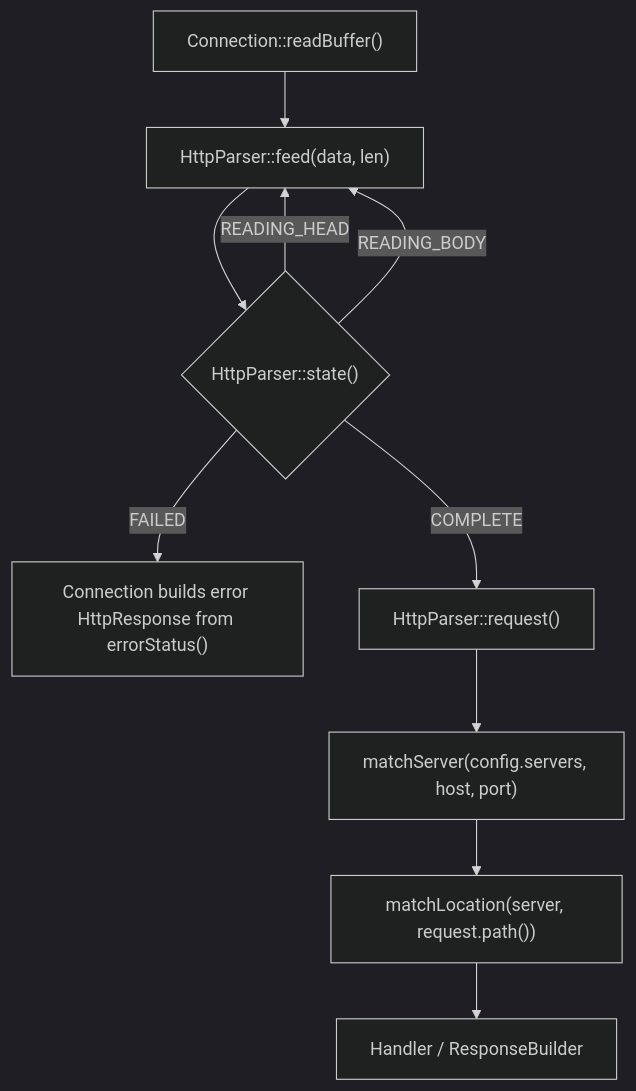
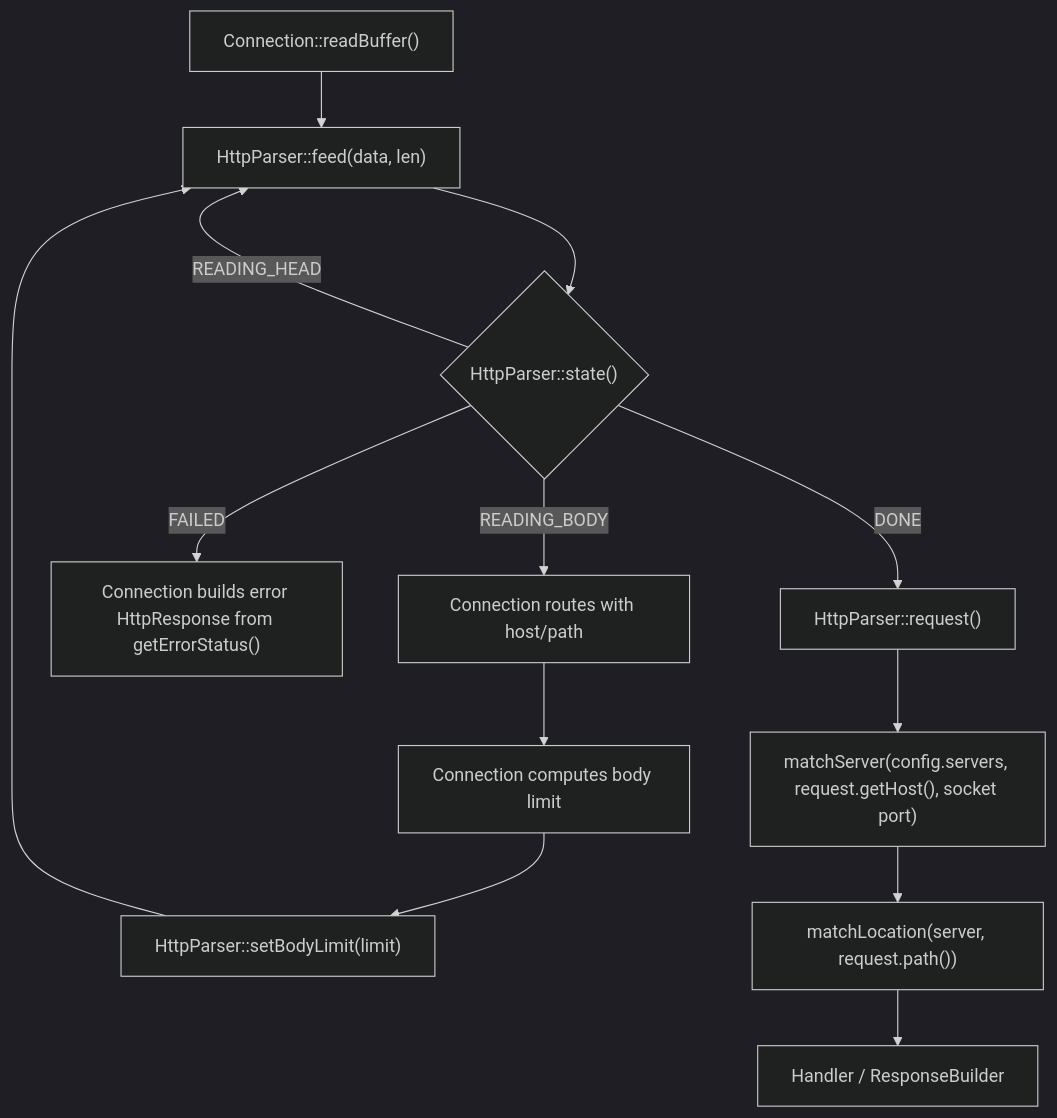
The first of 2 diagrams in docs/HTTP/request-parser-design.md (gkrtjd99/Webserv), drawn with Mermaid (dark theme) before and after one commit. The commit also changed other lines of this file, not shown here.

Commit message:
docs(http): reflect parser routing agreements

````diff
--- a/docs/HTTP/request-parser-design.md
+++ b/docs/HTTP/request-parser-design.md
@@ -30,12 +30,15 @@
 ```mermaid
 flowchart TD
     A["Connection::readBuffer()"] --> B["HttpParser::feed(data, len)"]
     B --> C{"HttpParser::state()"}
     C -->|"READING_HEAD"| B
-    C -->|"READING_BODY"| B
-    C -->|"FAILED"| D["Connection builds error HttpResponse from errorStatus()"]
-    C -->|"COMPLETE"| E["HttpParser::request()"]
-    E --> F["matchServer(config.servers, host, port)"]
+    C -->|"READING_BODY"| I["Connection routes with host/path"]
+    I --> J["Connection computes body limit"]
+    J --> K["HttpParser::setBodyLimit(limit)"]
+    K --> B
+    C -->|"FAILED"| D["Connection builds error HttpResponse from getErrorStatus()"]
+    C -->|"DONE"| E["HttpParser::request()"]
+    E --> F["matchServer(config.servers, request.getHost(), socket port)"]
     F --> G["matchLocation(server, request.path())"]
     G --> H["Handler / ResponseBuilder"]
 ```
````
